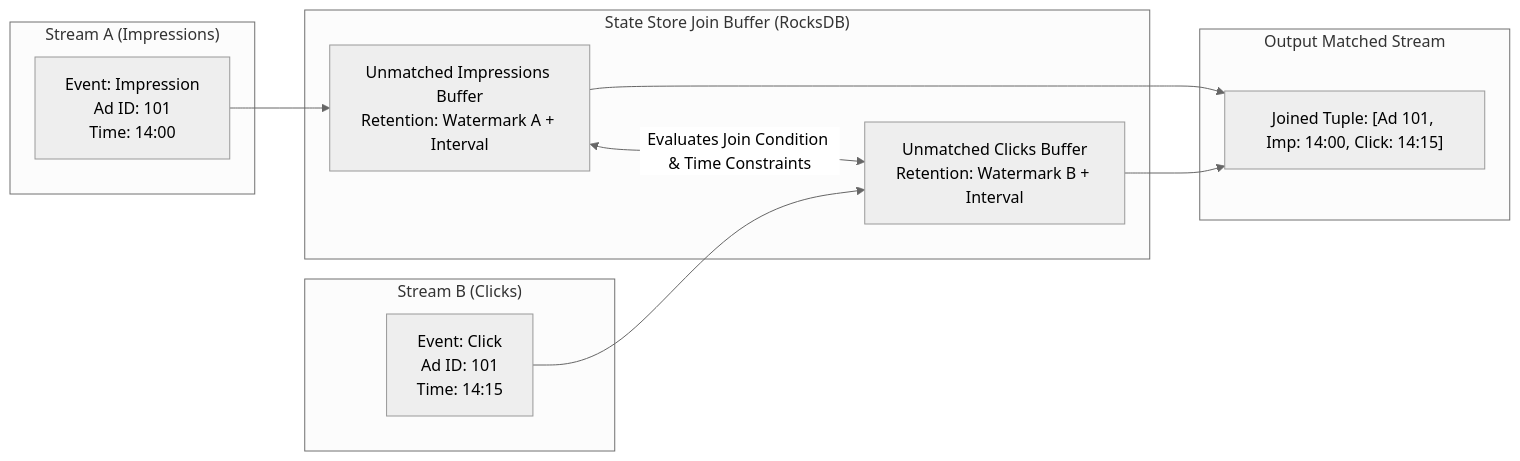
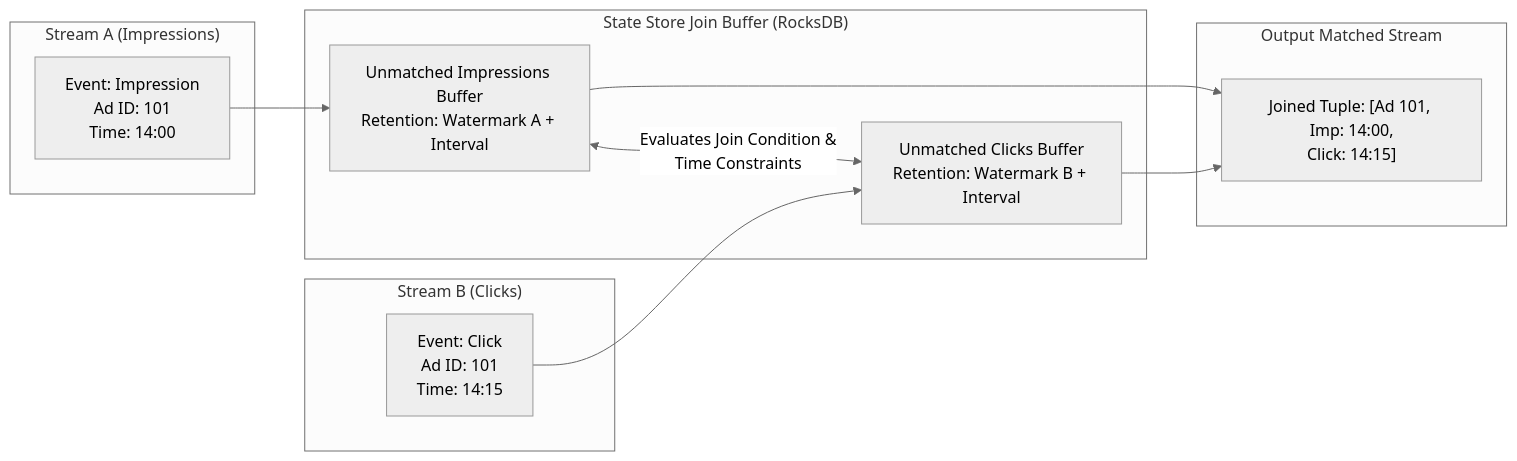
The third of 4 diagrams in architectures/04_structured_streaming_and_stateful_stream_processing.md (santoshjammi29/pyspark-handbook), drawn with Mermaid (neutral theme) before and after one commit. The commit also changed other lines of this file and 14 other files, not shown here.

Commit message:
fix(diagrams): word-wrap labels and escape comparison operators across all diagrams

````diff
--- a/architectures/04_structured_streaming_and_stateful_stream_processing.md
+++ b/architectures/04_structured_streaming_and_stateful_stream_processing.md
@@ -128,25 +128,25 @@
 ```mermaid
 flowchart LR
     subgraph StreamA["Stream A (Impressions)"]
         IA["Event: Impression<br/>Ad ID: 101<br/>Time: 14:00"]
     end
 
     subgraph StreamB["Stream B (Clicks)"]
         CB["Event: Click<br/>Ad ID: 101<br/>Time: 14:15"]
     end
 
     subgraph Buffer["State Store Join Buffer (RocksDB)"]
         BufA["Unmatched Impressions Buffer<br/>Retention: Watermark A + Interval"]
         BufB["Unmatched Clicks Buffer<br/>Retention: Watermark B + Interval"]
     end
 
     subgraph Matched["Output Matched Stream"]
-        Out["Joined Tuple: [Ad 101, Imp: 14:00, Click: 14:15]"]
+        Out["Joined Tuple: [Ad 101, Imp: 14:00,<br/>Click: 14:15]"]
     end
 
     IA --> BufA
     CB --> BufB
-    BufA <-->|"Evaluates Join Condition & Time Constraints"| BufB
+    BufA <-->|"Evaluates Join Condition &<br/>Time Constraints"| BufB
     BufA --> Out
     BufB --> Out
 ```
````
